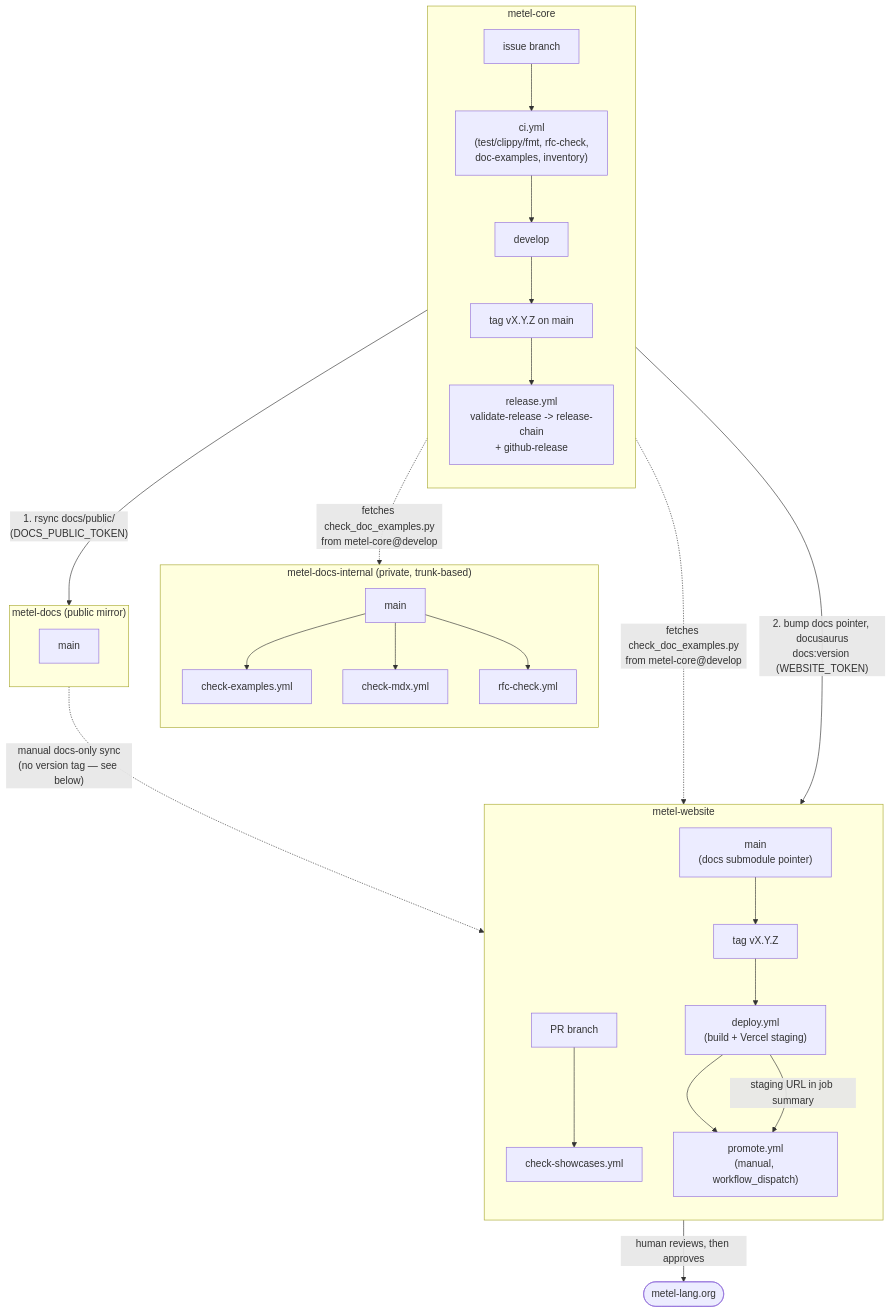
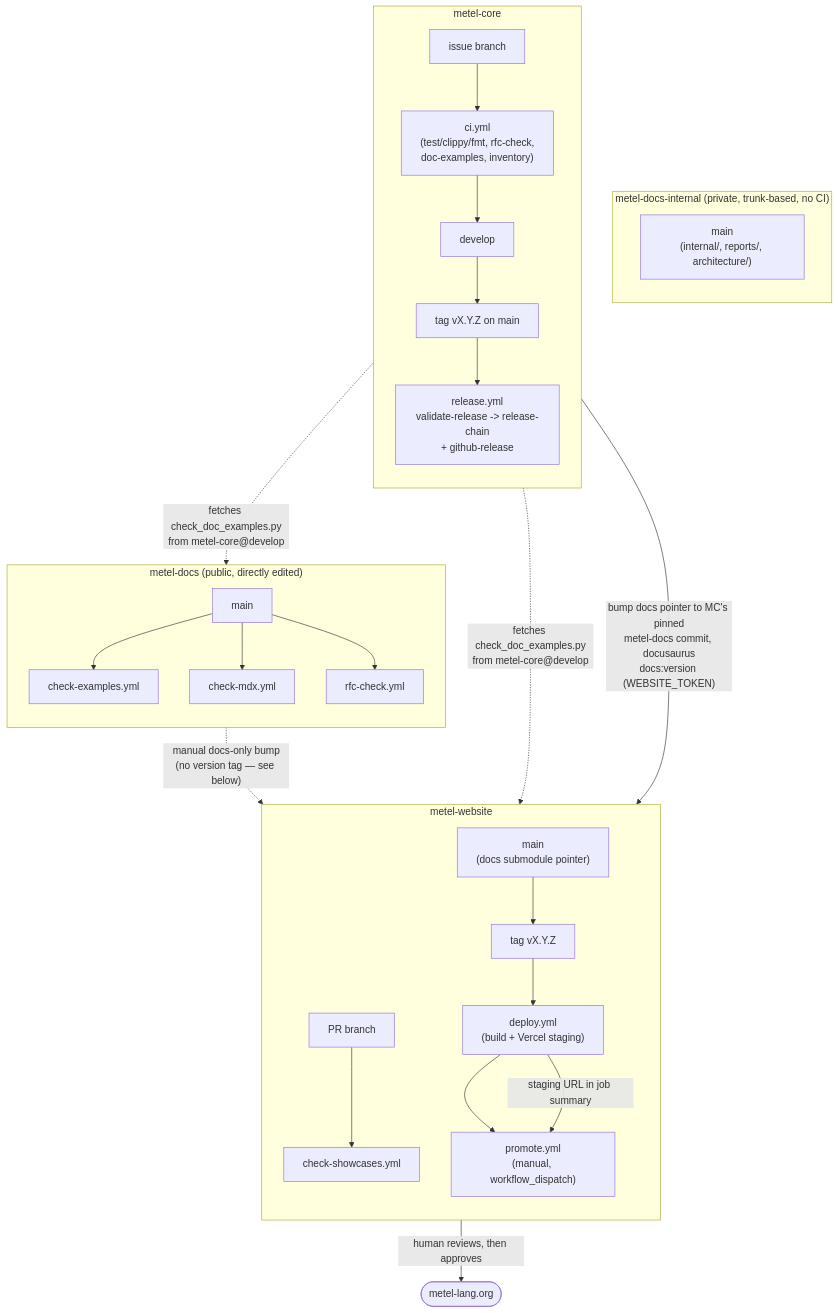
The diagram in PROCESSES.md (gust-lang/gust), drawn with Mermaid before and after one commit. The commit also changed other lines of this file and 9 other files, not shown here.

````diff
--- a/PROCESSES.md
+++ b/PROCESSES.md
@@ -34,52 +46,51 @@
 ```mermaid
 flowchart TD
-    subgraph MDI["metel-docs-internal (private, trunk-based)"]
+    subgraph MDI["metel-docs-internal (private, trunk-based, no CI)"]
         direction TB
-        MDI_main["main"]
-        MDI_ci1["check-examples.yml"]
-        MDI_ci2["check-mdx.yml"]
-        MDI_ci3["rfc-check.yml"]
-        MDI_main --> MDI_ci1
-        MDI_main --> MDI_ci2
-        MDI_main --> MDI_ci3
+        MDI_main["main\n(internal/, reports/, architecture/)"]
     end
 
     subgraph MC["metel-core"]
         direction TB
         MC_branch["issue branch"]
         MC_ci["ci.yml\n(test/clippy/fmt, rfc-check,\ndoc-examples, inventory)"]
         MC_develop["develop"]
         MC_tag["tag vX.Y.Z on main"]
         MC_rel["release.yml\nvalidate-release -> release-chain\n+ github-release"]
         MC_branch --> MC_ci --> MC_develop --> MC_tag --> MC_rel
     end
 
-    subgraph MDPub["metel-docs (public mirror)"]
+    subgraph MDPub["metel-docs (public, directly edited)"]
         direction TB
         MD_main["main"]
+        MD_ci1["check-examples.yml"]
+        MD_ci2["check-mdx.yml"]
+        MD_ci3["rfc-check.yml"]
+        MD_main --> MD_ci1
+        MD_main --> MD_ci2
+        MD_main --> MD_ci3
     end
 
     subgraph MW["metel-website"]
         direction TB
         MW_branch["PR branch"]
         MW_ci["check-showcases.yml"]
         MW_main["main\n(docs submodule pointer)"]
         MW_tag["tag vX.Y.Z"]
         MW_deploy["deploy.yml\n(build + Vercel staging)"]
         MW_promote["promote.yml\n(manual, workflow_dispatch)"]
         MW_branch --> MW_ci
         MW_main --> MW_tag --> MW_deploy --> MW_promote
     end
 
     PROD(["metel-lang.org"])
 
-    MC_ci -. "fetches check_doc_examples.py\nfrom metel-core@develop" .-> MDI_ci1
+    MC_ci -. "fetches check_doc_examples.py\nfrom metel-core@develop" .-> MD_ci1
     MC_ci -. "fetches check_doc_examples.py\nfrom metel-core@develop" .-> MW_ci
 
-    MC_rel -->|"1. rsync docs/public/\n(DOCS_PUBLIC_TOKEN)"| MD_main
-    MC_rel -->|"2. bump docs pointer, docusaurus\ndocs:version (WEBSITE_TOKEN)"| MW_main
+    MC_rel -->|"bump docs pointer to MC's pinned\nmetel-docs commit, docusaurus\ndocs:version (WEBSITE_TOKEN)"| MW_main
     MW_deploy -->|"staging URL in job summary"| MW_promote
     MW_promote -->|"human reviews, then approves"| PROD
 
-    MD_main -. "manual docs-only sync\n(no version tag — see below)" .-> MW_main
+    MD_main -. "manual docs-only bump\n(no version tag — see below)" .-> MW_main
 ```
````
